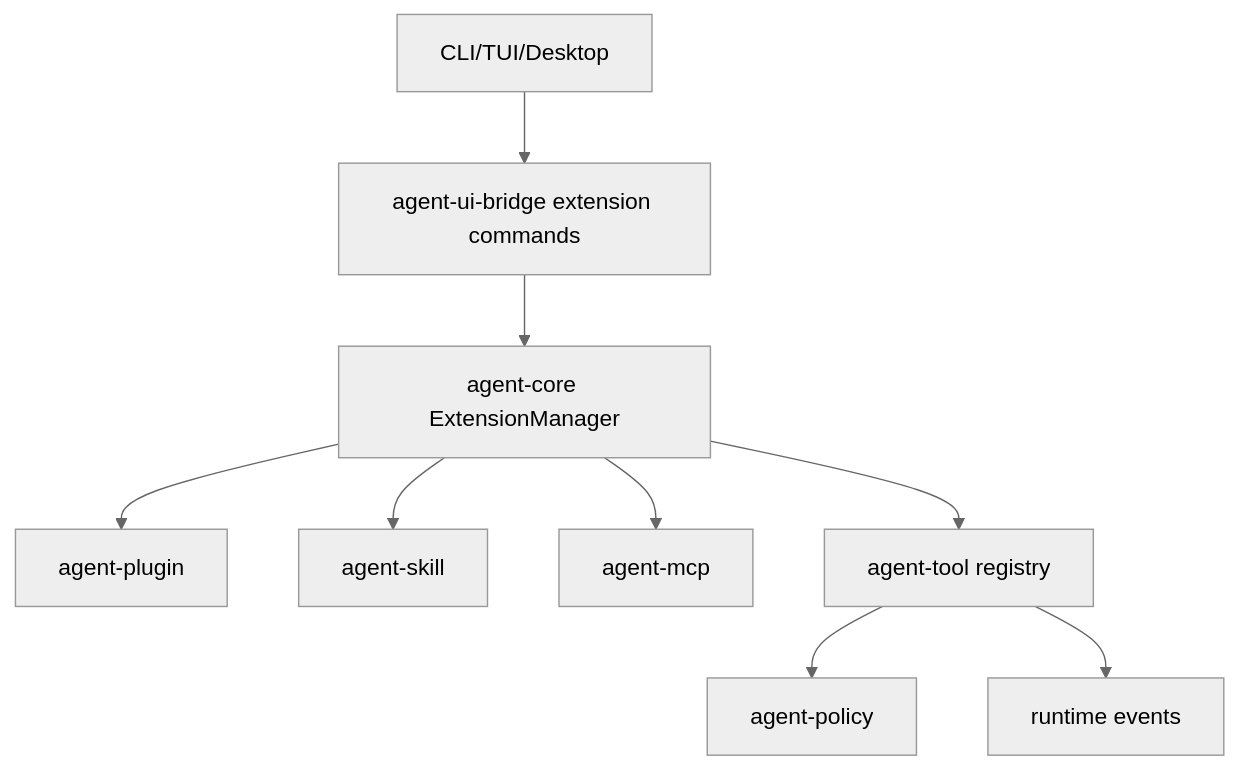
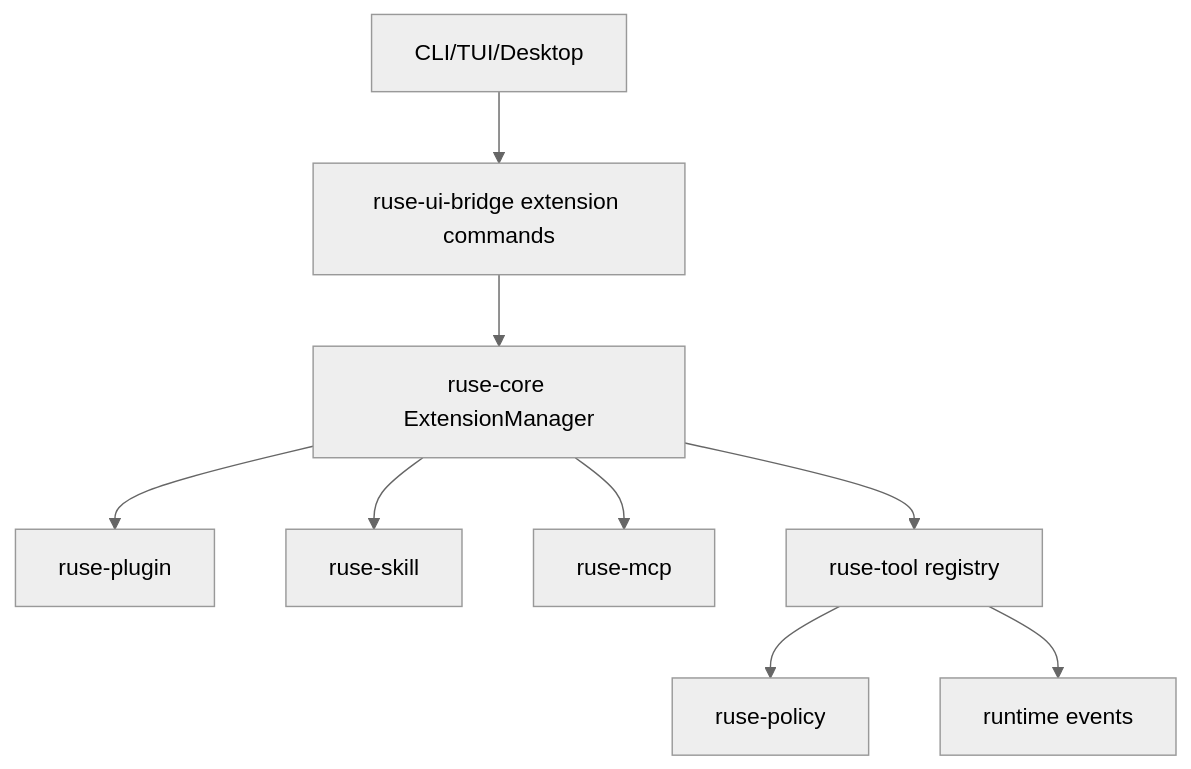
The diagram in docs/specs/M22-00-extension-ux-mcp-gateway-technical-design.spec.md (poneding/agent), drawn with Mermaid (neutral theme) before and after one commit. The commit also changed other lines of this file and 2091 other files, not shown here.

First line of the commit message:
refactor: rename agent branding to ruse

````diff
--- a/docs/specs/M22-00-extension-ux-mcp-gateway-technical-design.spec.md
+++ b/docs/specs/M22-00-extension-ux-mcp-gateway-technical-design.spec.md
@@ -35,11 +35,11 @@
 ```mermaid
 flowchart TD
-  UI["CLI/TUI/Desktop"] --> Bridge["agent-ui-bridge extension commands"]
-  Bridge --> Manager["agent-core ExtensionManager"]
-  Manager --> Plugin["agent-plugin"]
-  Manager --> Skill["agent-skill"]
-  Manager --> MCP["agent-mcp"]
-  Manager --> Registry["agent-tool registry"]
-  Registry --> Policy["agent-policy"]
+  UI["CLI/TUI/Desktop"] --> Bridge["ruse-ui-bridge extension commands"]
+  Bridge --> Manager["ruse-core ExtensionManager"]
+  Manager --> Plugin["ruse-plugin"]
+  Manager --> Skill["ruse-skill"]
+  Manager --> MCP["ruse-mcp"]
+  Manager --> Registry["ruse-tool registry"]
+  Registry --> Policy["ruse-policy"]
   Registry --> Audit["runtime events"]
 ```
````
